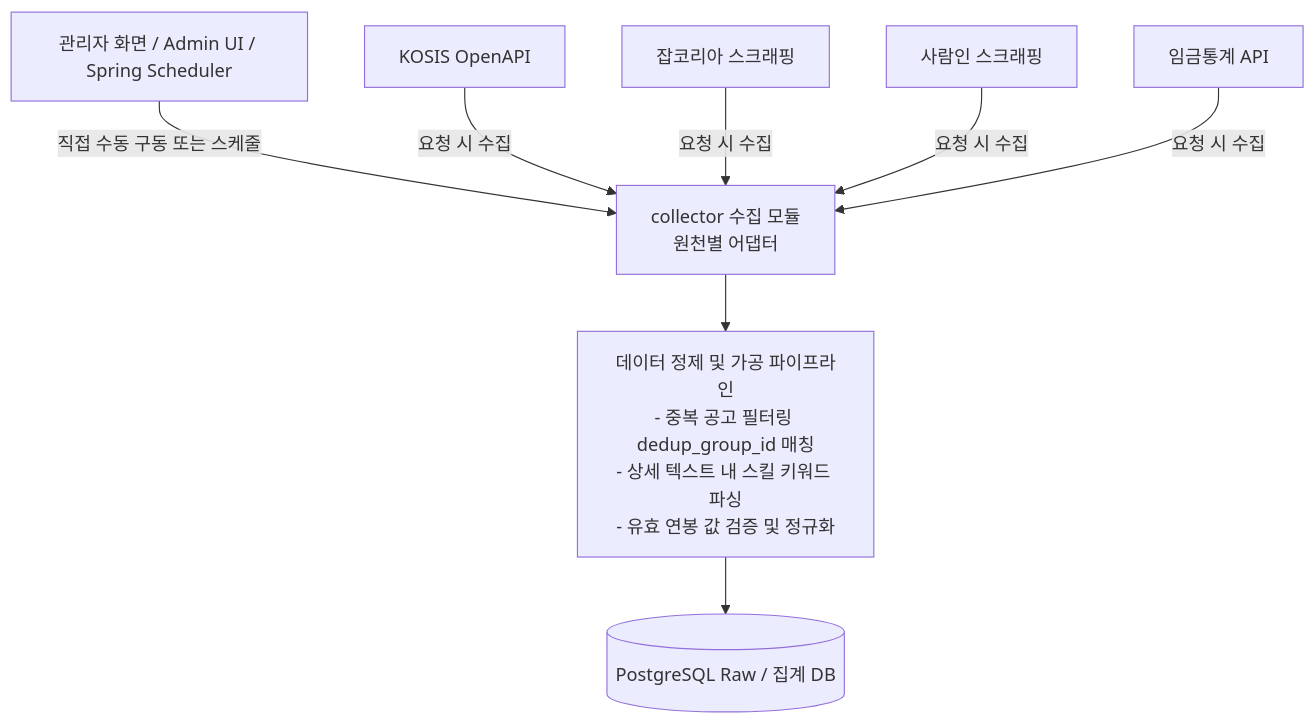
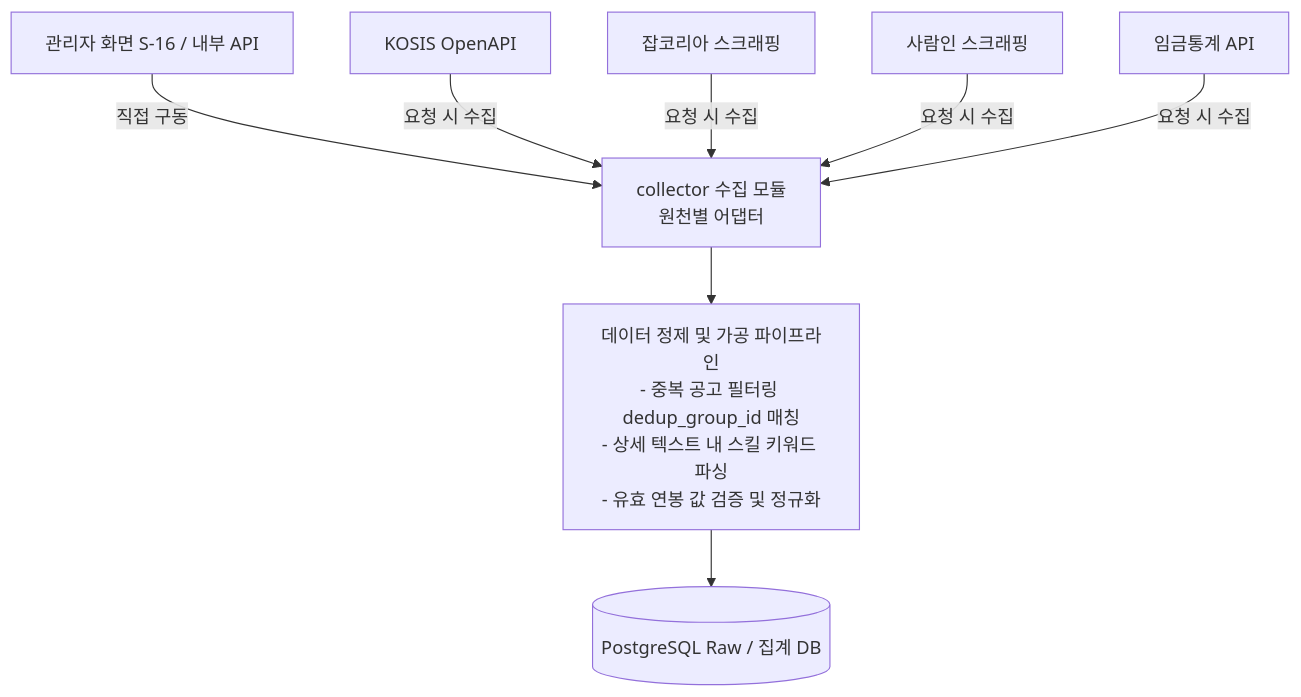
Before and after one commit to SeoHyeokGyu/Carix: the diagram in docs/research/data-collection-feasibility.md, drawn with Mermaid. The commit also changed other lines of this file and 7 other files, not shown here.

````diff
--- a/docs/research/data-collection-feasibility.md
+++ b/docs/research/data-collection-feasibility.md
@@ -64,10 +69,10 @@
 ```mermaid
 flowchart TD
-    Admin[관리자 화면 / Admin UI / Spring Scheduler] -->|직접 수동 구동 또는 스케줄| Collector[collector 수집 모듈 <br> 원천별 어댑터]
+    Admin[관리자 화면 S-16 / 내부 API] -->|직접 구동| Collector[collector 수집 모듈 <br> 원천별 어댑터]
     Kosis[KOSIS OpenAPI] -->|요청 시 수집| Collector
     JobKorea[잡코리아 스크래핑] -->|요청 시 수집| Collector
     Saramin[사람인 스크래핑] -->|요청 시 수집| Collector
     Wage[임금통계 API] -->|요청 시 수집| Collector
     Collector --> Pipeline[데이터 정제 및 가공 파이프라인<br>- 중복 공고 필터링 dedup_group_id 매칭<br>- 상세 텍스트 내 스킬 키워드 파싱<br>- 유효 연봉 값 검증 및 정규화]
     Pipeline --> DB[(PostgreSQL Raw / 집계 DB)]
 ```
````
